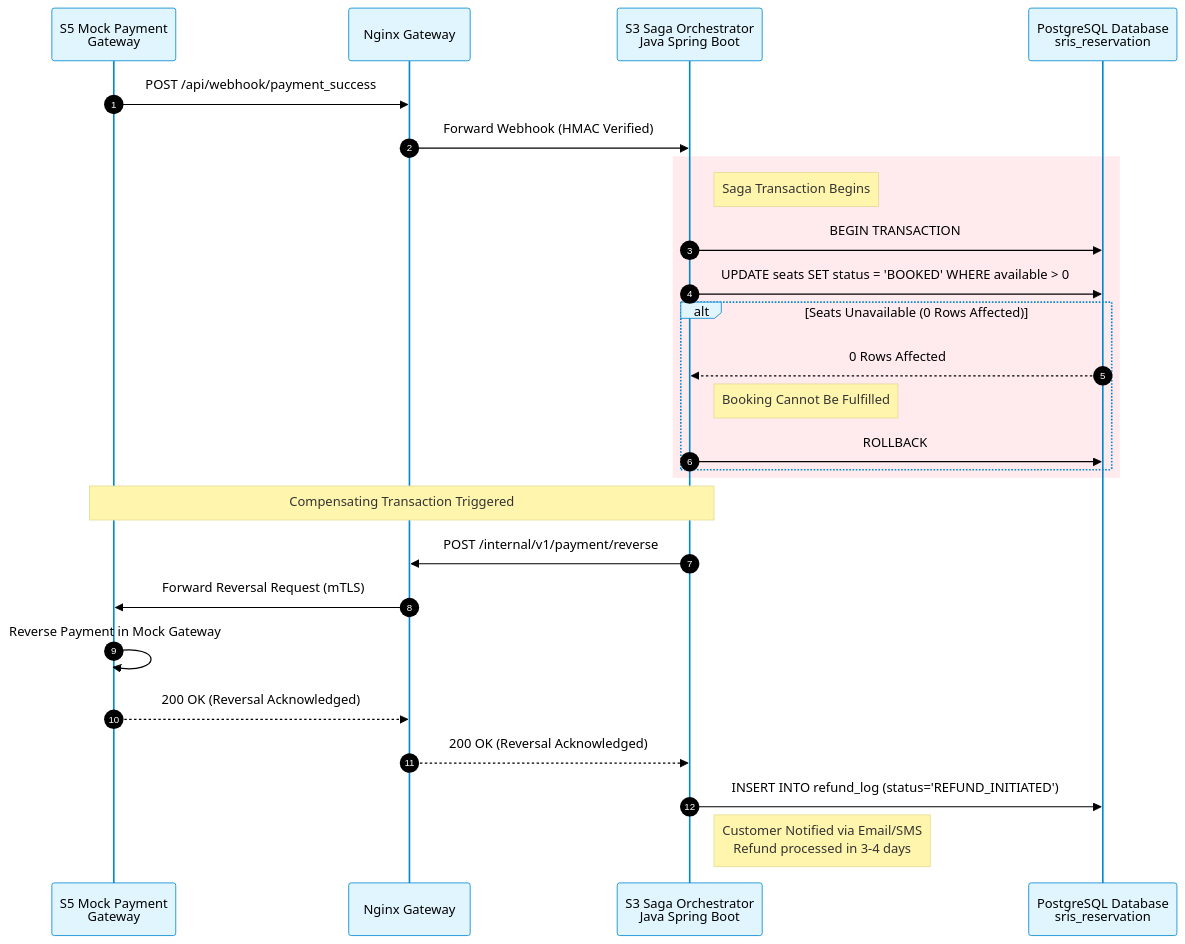
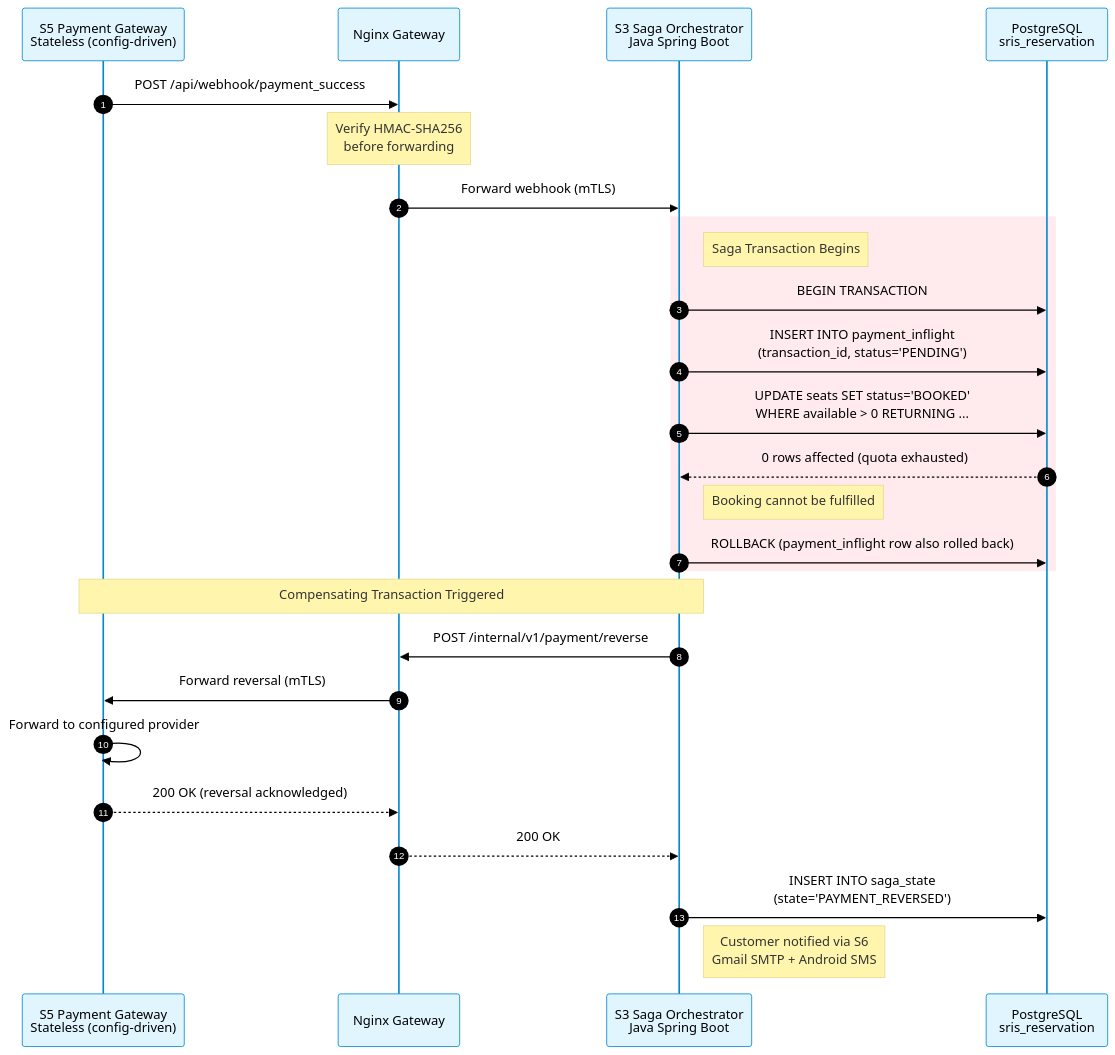
One commit to koushaljhacs/sris changed the sixth of 8 diagrams in docs/phase-1-foundation/wave-2-architecture/SRIS-P1-ARCH-009_ServiceInteractionAndCommunicationDesign.md. Above: the diagram before and after it, drawn with Mermaid. The commit also changed other lines of this file, not shown here.

````diff
--- a/docs/phase-1-foundation/wave-2-architecture/SRIS-P1-ARCH-009_ServiceInteractionAndCommunicationDesign.md
+++ b/docs/phase-1-foundation/wave-2-architecture/SRIS-P1-ARCH-009_ServiceInteractionAndCommunicationDesign.md
@@ -529,51 +688,49 @@
 ```mermaid
 %%{init: {
   "theme": "base",
   "themeVariables": {
     "primaryColor": "#FFEBEE",
     "primaryTextColor": "#000",
     "primaryBorderColor": "#D32F2F",
     "lineColor": "#000",
     "secondaryColor": "#FFF3E0",
     "tertiaryColor": "#FCE4EC",
     "actorBkg": "#E1F5FE",
     "actorBorder": "#0288D1"
   },
   "sequence": {
     "messageMargin": 40,
     "actorMargin": 60
   }
 }}%%
 sequenceDiagram
     autonumber
-    participant S5 as S5 Mock Payment<br/>Gateway
+    participant S5 as S5 Payment Gateway<br/>Stateless (config-driven)
     participant Nginx as Nginx Gateway
     participant S3 as S3 Saga Orchestrator<br/>Java Spring Boot
-    participant DB as PostgreSQL Database<br/>sris_reservation
-    
+    participant DB as PostgreSQL<br/>sris_reservation
+
     S5->>Nginx: POST /api/webhook/payment_success
-    Nginx->>S3: Forward Webhook (HMAC Verified)
-    
+    Note over Nginx: Verify HMAC-SHA256<br/>before forwarding
+    Nginx->>S3: Forward webhook (mTLS)
+
     rect rgb(255, 235, 238)
     Note right of S3: Saga Transaction Begins
     S3->>DB: BEGIN TRANSACTION
-    S3->>DB: UPDATE seats SET status = 'BOOKED' WHERE available > 0
-    
-    alt Seats Unavailable (0 Rows Affected)
-        DB-->>S3: 0 Rows Affected
-        Note right of S3: Booking Cannot Be Fulfilled
-        S3->>DB: ROLLBACK
+    S3->>DB: INSERT INTO payment_inflight<br/>(transaction_id, status='PENDING')
+    S3->>DB: UPDATE seats SET status='BOOKED'<br/>WHERE available > 0 RETURNING ...
+    DB-->>S3: 0 rows affected (quota exhausted)
+    Note right of S3: Booking cannot be fulfilled
+    S3->>DB: ROLLBACK (payment_inflight row also rolled back)
     end
-    end
-    
+
     Note over S3, S5: Compensating Transaction Triggered
     S3->>Nginx: POST /internal/v1/payment/reverse
-    Nginx->>S5: Forward Reversal Request (mTLS)
-    
-    S5->>S5: Reverse Payment in Mock Gateway
-    S5-->>Nginx: 200 OK (Reversal Acknowledged)
-    Nginx-->>S3: 200 OK (Reversal Acknowledged)
-    
-    S3->>DB: INSERT INTO refund_log (status='REFUND_INITIATED')
-    Note right of S3: Customer Notified via Email/SMS<br/>Refund processed in 3-4 days
+    Nginx->>S5: Forward reversal (mTLS)
+    S5->>S5: Forward to configured provider
+    S5-->>Nginx: 200 OK (reversal acknowledged)
+    Nginx-->>S3: 200 OK
+
+    S3->>DB: INSERT INTO saga_state<br/>(state='PAYMENT_REVERSED')
+    Note right of S3: Customer notified via S6<br/>Gmail SMTP + Android SMS
 ```
````
